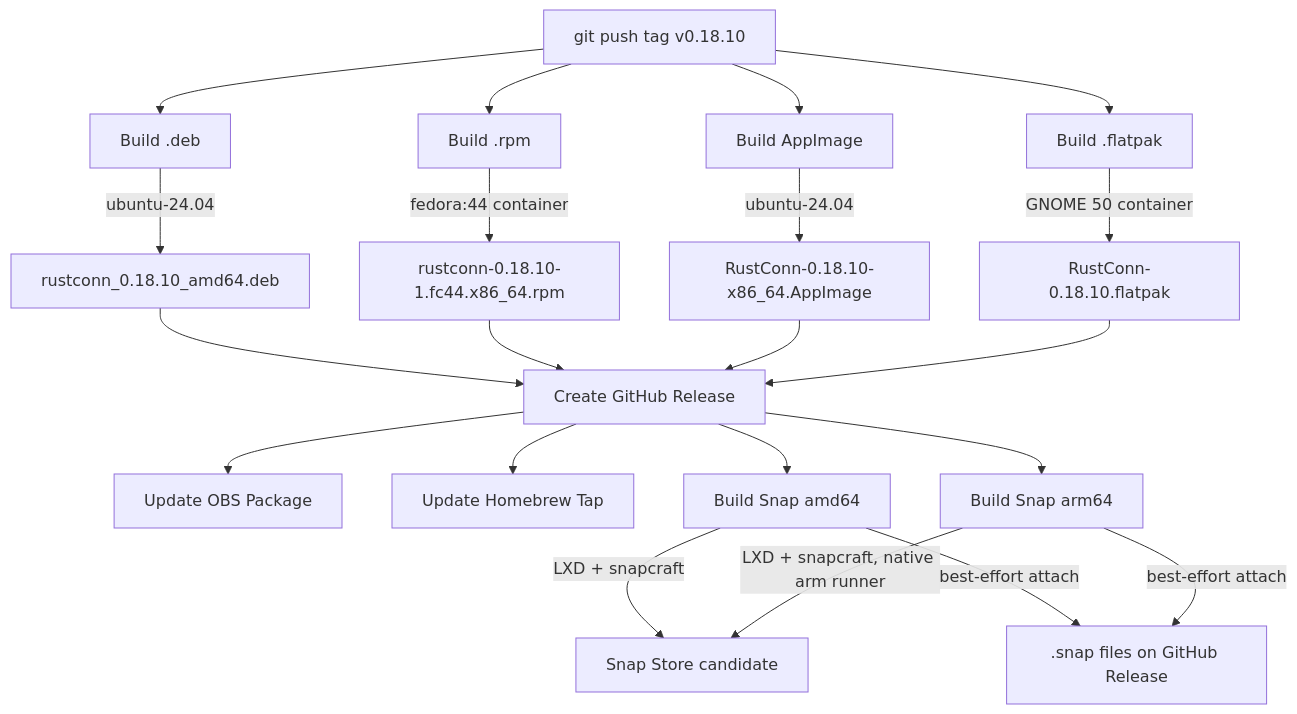
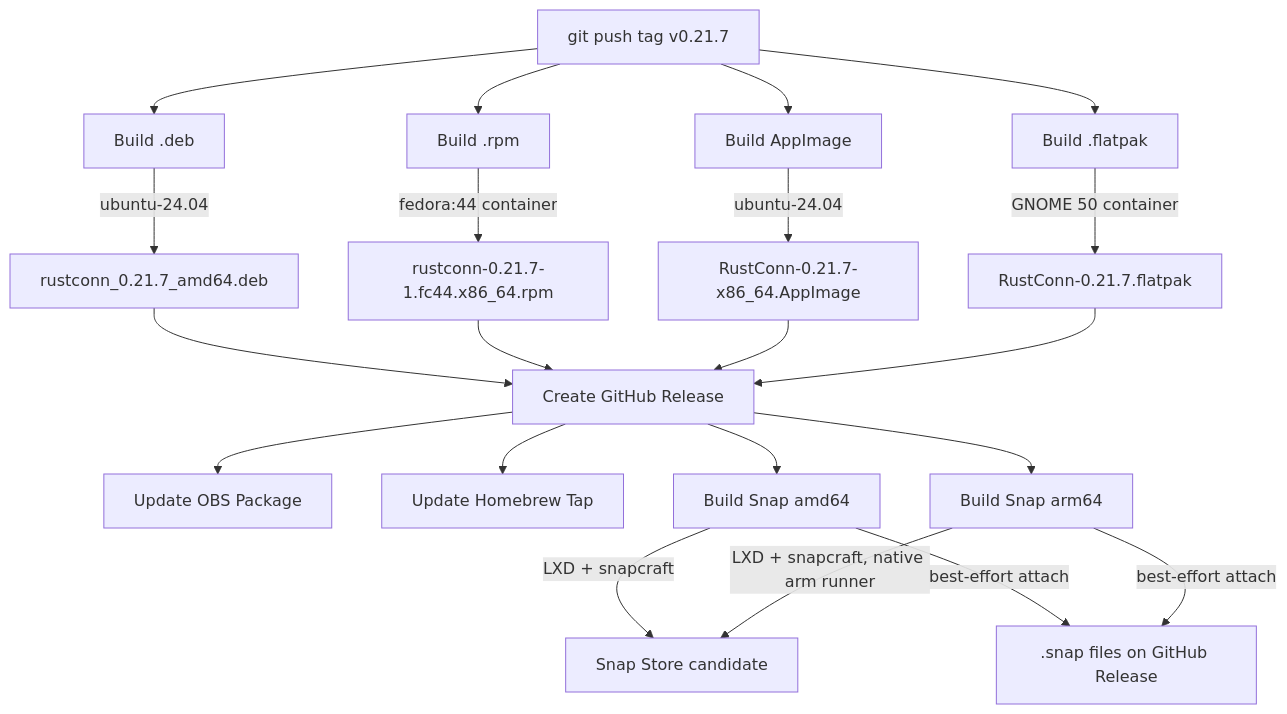
One commit to totoshko88/RustConn changed the third of 6 diagrams in docs/CI_BUILD_FLOW.md. Above: the diagram before and after it, drawn with Mermaid. The commit also changed other lines of this file and 7 other files, not shown here.

````diff
--- a/docs/CI_BUILD_FLOW.md
+++ b/docs/CI_BUILD_FLOW.md
@@ -67,26 +67,26 @@
 ```mermaid
 graph TD
-    Tag[git push tag v0.18.10] --> BuildDeb[Build .deb]
+    Tag[git push tag v0.21.7] --> BuildDeb[Build .deb]
     Tag --> BuildRPM[Build .rpm]
     Tag --> BuildAppImage[Build AppImage]
     Tag --> BuildFlatpak[Build .flatpak]
 
-    BuildDeb --> |ubuntu-24.04| DebArtifact[rustconn_0.18.10_amd64.deb]
-    BuildRPM --> |fedora:44 container| RPMArtifact[rustconn-0.18.10-1.fc44.x86_64.rpm]
-    BuildAppImage --> |ubuntu-24.04| AppImageArtifact[RustConn-0.18.10-x86_64.AppImage]
-    BuildFlatpak --> |GNOME 50 container| FlatpakArtifact[RustConn-0.18.10.flatpak]
+    BuildDeb --> |ubuntu-24.04| DebArtifact[rustconn_0.21.7_amd64.deb]
+    BuildRPM --> |fedora:44 container| RPMArtifact[rustconn-0.21.7-1.fc44.x86_64.rpm]
+    BuildAppImage --> |ubuntu-24.04| AppImageArtifact[RustConn-0.21.7-x86_64.AppImage]
+    BuildFlatpak --> |GNOME 50 container| FlatpakArtifact[RustConn-0.21.7.flatpak]
 
     DebArtifact --> Release[Create GitHub Release]
     RPMArtifact --> Release
     AppImageArtifact --> Release
     FlatpakArtifact --> Release
 
     Release --> UpdateOBS[Update OBS Package]
     Release --> Brew[Update Homebrew Tap]
     Release --> SnapAmd64[Build Snap amd64]
     Release --> SnapArm64[Build Snap arm64]
     SnapAmd64 --> |LXD + snapcraft| SnapStore[Snap Store candidate]
     SnapArm64 --> |LXD + snapcraft, native arm runner| SnapStore
     SnapAmd64 --> |best-effort attach| SnapAsset[.snap files on GitHub Release]
     SnapArm64 --> |best-effort attach| SnapAsset
 ```
````
